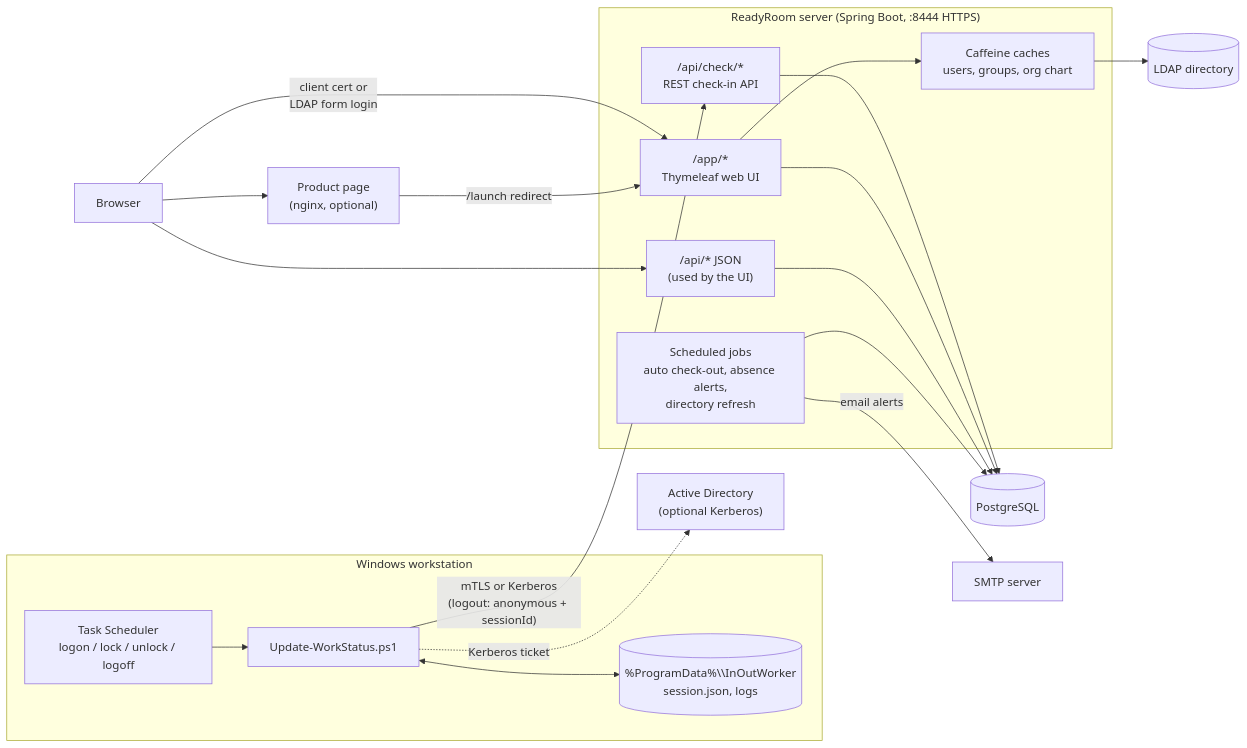
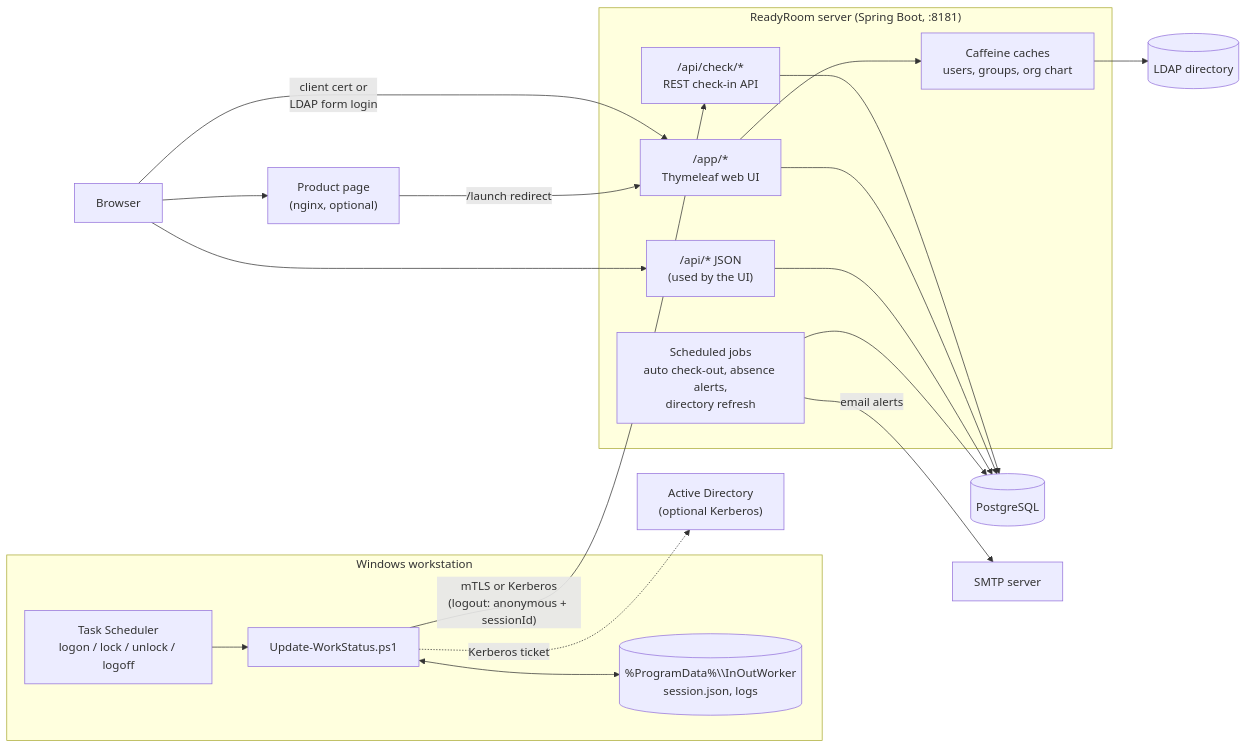
The first of 2 diagrams in docs/readyroom/index.md (winllc/ens-apps-documentation), drawn with Mermaid before and after one commit. The commit also changed other lines of this file and 31 other files, not shown here.

First line of the commit message:
Docs: install only from the release package or the Helm chart

````diff
--- a/docs/readyroom/index.md
+++ b/docs/readyroom/index.md
@@ -41,39 +41,39 @@
 ```mermaid
 flowchart LR
     subgraph WS["Windows workstation"]
         TS["Task Scheduler<br/>logon / lock / unlock / logoff"]
         PS["Update-WorkStatus.ps1"]
         SF[("%ProgramData%\\InOutWorker<br/>session.json, logs")]
         TS --> PS
         PS <--> SF
     end
 
-    subgraph SRV["ReadyRoom server (Spring Boot, :8444 HTTPS)"]
+    subgraph SRV["ReadyRoom server (Spring Boot, :8181)"]
         API["/api/check/*<br/>REST check-in API"]
         UI["/app/*<br/>Thymeleaf web UI"]
         REST["/api/* JSON<br/>(used by the UI)"]
         JOBS["Scheduled jobs<br/>auto check-out, absence alerts,<br/>directory refresh"]
         CACHE["Caffeine caches<br/>users, groups, org chart"]
     end
 
     BR["Browser"]
     PG[("PostgreSQL")]
     LDAP[("LDAP directory")]
     SMTP["SMTP server"]
     KDC["Active Directory<br/>(optional Kerberos)"]
     SITE["Product page<br/>(nginx, optional)"]
 
     PS -- "mTLS or Kerberos<br/>(logout: anonymous + sessionId)" --> API
     BR -- "client cert or<br/>LDAP form login" --> UI
     BR --> REST
     BR --> SITE
     SITE -- "/launch redirect" --> UI
     API --> PG
     UI --> PG
     REST --> PG
     JOBS --> PG
     CACHE --> LDAP
     UI --> CACHE
     JOBS -- "email alerts" --> SMTP
     PS -. "Kerberos ticket" .-> KDC
 ```
````
